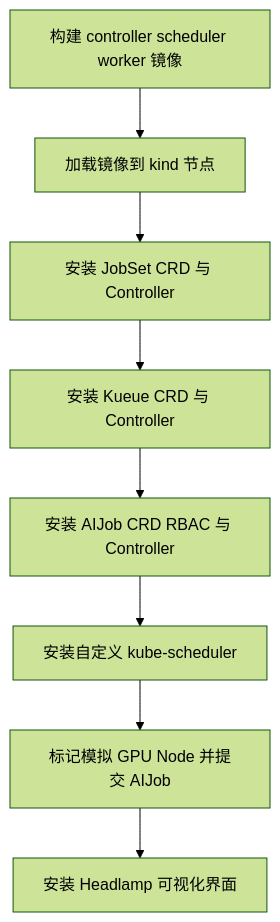
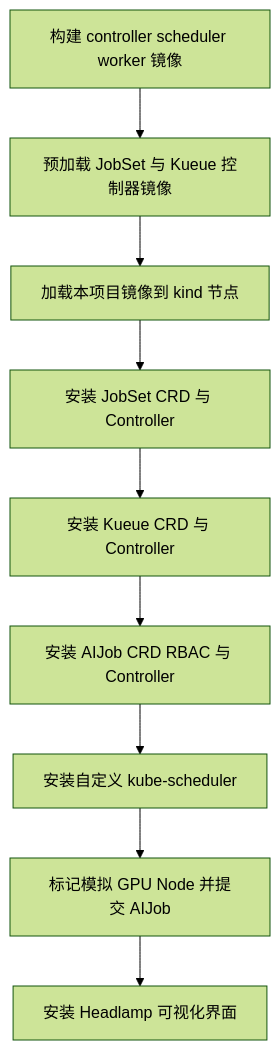
Diagram 13 of 13 in docs/tutorial.md (tihaya-anon/ai-infra), drawn with Mermaid (forest theme) before and after one commit. The commit also changed other lines of this file and 6 other files, not shown here.

````diff
--- a/docs/tutorial.md
+++ b/docs/tutorial.md
@@ -978,19 +978,21 @@
 ```mermaid
 flowchart TD
     Build[构建 controller scheduler worker 镜像]
-    Load[加载镜像到 kind 节点]
+    Preload[预加载 JobSet 与 Kueue 控制器镜像]
+    Load[加载本项目镜像到 kind 节点]
     JobSet[安装 JobSet CRD 与 Controller]
     Kueue[安装 Kueue CRD 与 Controller]
     AIJob[安装 AIJob CRD RBAC 与 Controller]
     Scheduler[安装自定义 kube-scheduler]
     Demo[标记模拟 GPU Node 并提交 AIJob]
     Headlamp[安装 Headlamp 可视化界面]
 
-    Build --> Load
+    Build --> Preload
+    Preload --> Load
     Load --> JobSet
     JobSet --> Kueue
     Kueue --> AIJob
     AIJob --> Scheduler
     Scheduler --> Demo
     Demo --> Headlamp
 ```
````
